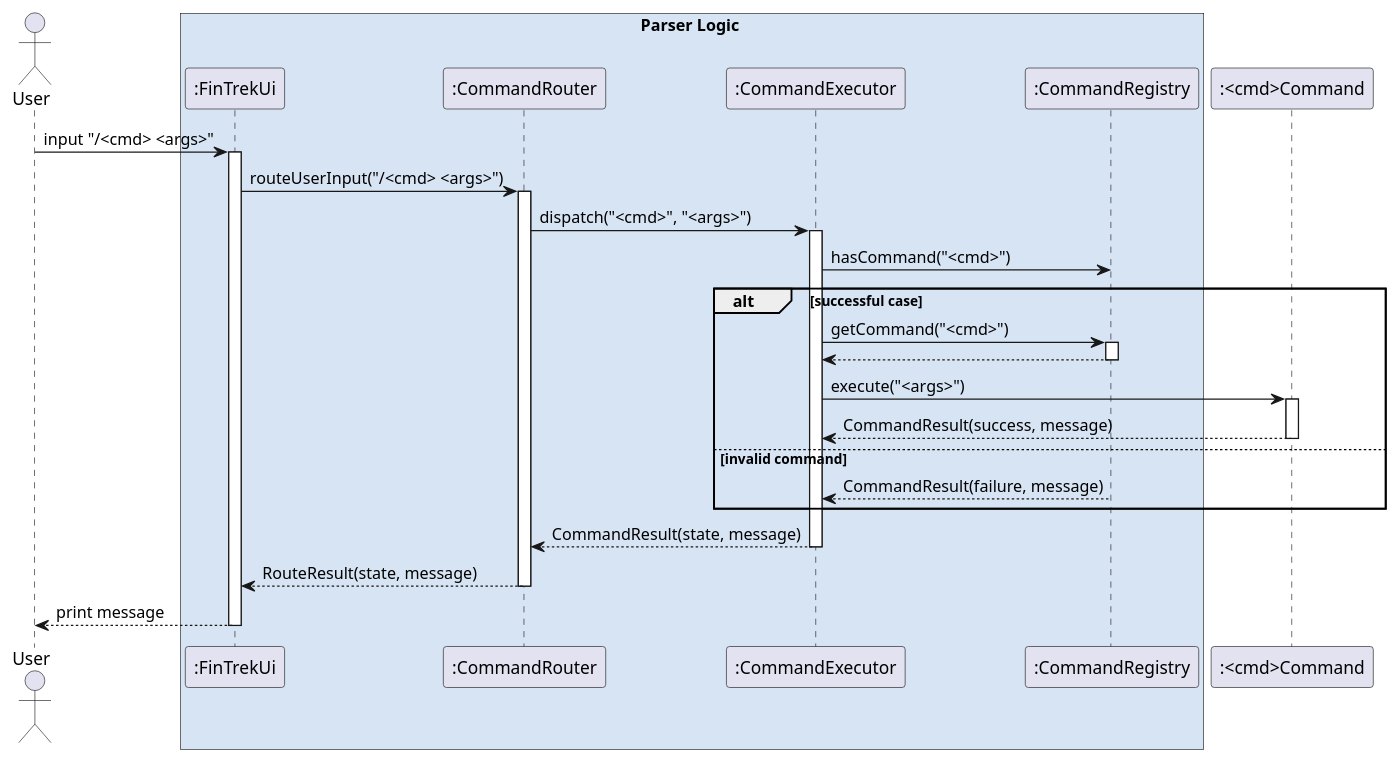
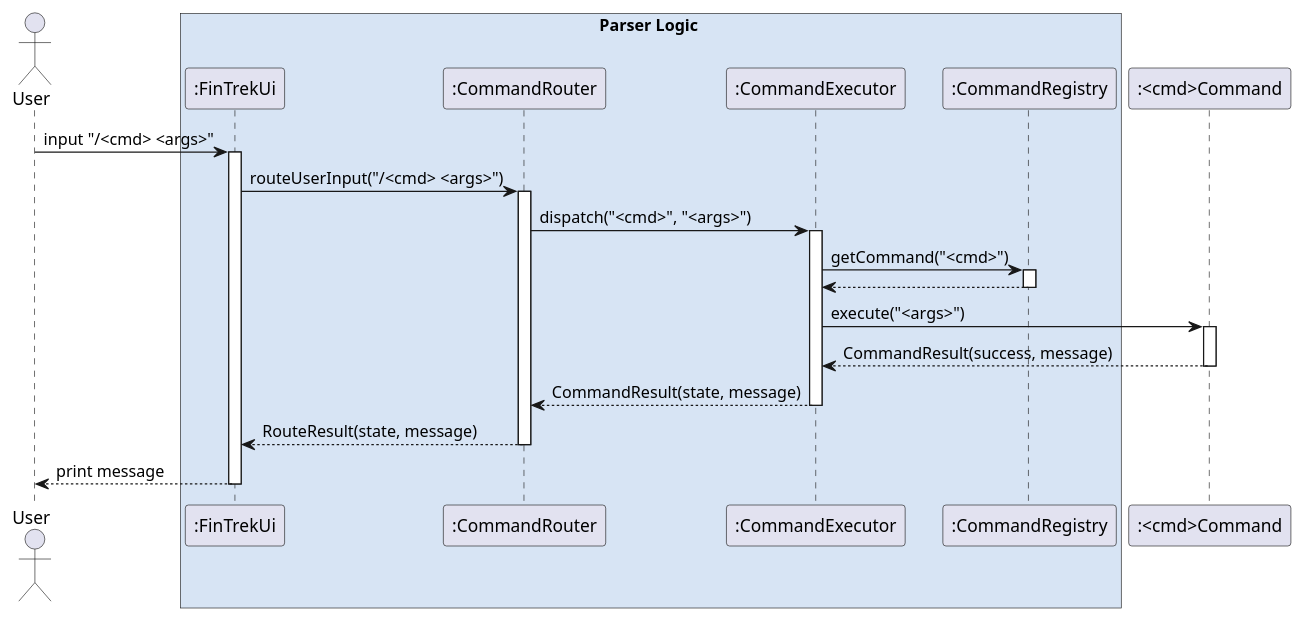
Before and after one commit to randust/tp: the diagram in docs/diagrams/sequence/parser.puml, drawn with PlantUML. The commit also changed 14 other files, not shown here.

Commit message:
Refactor Summary Command, update summary sequence diagram

```diff
--- a/docs/diagrams/sequence/parser.puml
+++ b/docs/diagrams/sequence/parser.puml
@@ -1,52 +1,52 @@
 @startuml
 
 actor "User" as user
 box Parser Logic #D7E4F4
 participant ":FinTrekUi" as FT
 participant ":CommandRouter" as router
 participant ":CommandExecutor" as executor
 participant ":CommandRegistry" as registry
 end box
 
 participant ":<cmd>Command" as SC
 
 
 user -> FT: input "/<cmd> <args>"
 activate FT
 
 
 FT -> router: routeUserInput("/<cmd> <args>")
 activate router
 
 router -> executor: dispatch("<cmd>", "<args>")
 activate executor
 
-executor -> registry: hasCommand("<cmd>")
+'executor -> registry: hasCommand("<cmd>")
 
-alt successful case
+' alt successful case
 executor -> registry: getCommand("<cmd>")
 activate registry
 
 registry --> executor
 deactivate registry
 
 executor -> SC: execute("<args>")
 activate SC
 
 SC --> executor: CommandResult(success, message)
 deactivate SC
-else invalid command
+' else invalid command
 
-registry --> executor: CommandResult(failure, message)
-end
+'registry --> executor: CommandResult(failure, message)
+' end
 
 executor --> router: CommandResult(state, message)
 deactivate executor
 
 router --> FT: RouteResult(state, message)
 deactivate router
 
 FT --> user: print message
 deactivate FT
 
 @enduml
```
